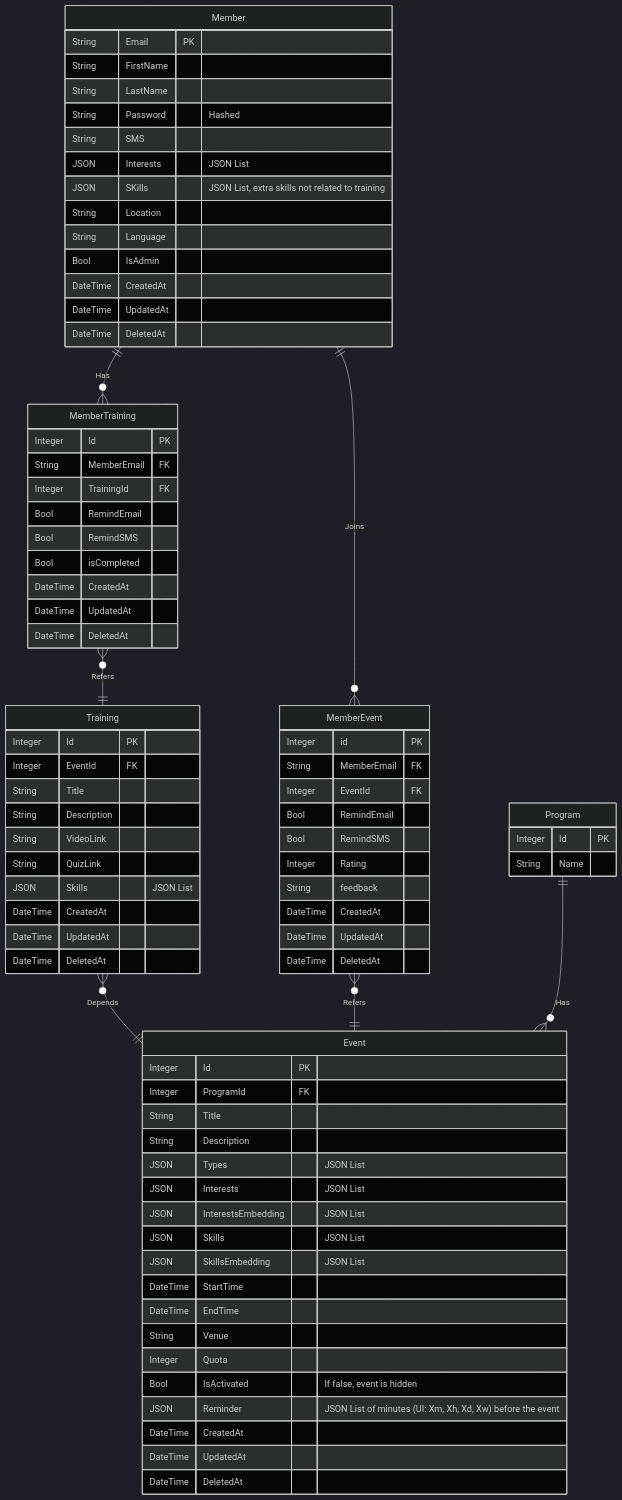
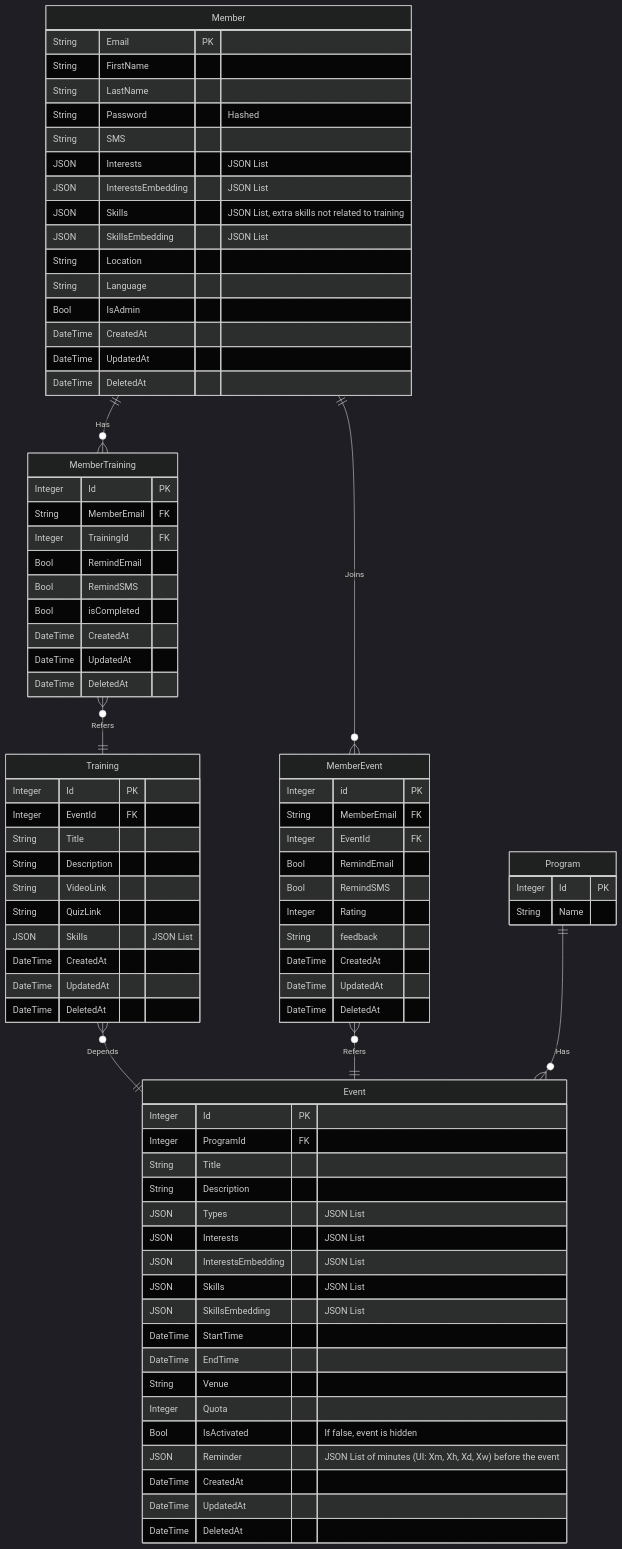
Before and after one commit to Code-To-Give-Team14/code-to-give: the diagram in server/README.md, drawn with Mermaid (dark theme). The commit also changed 1 other file, not shown here.

Commit message:
Add member interestsEmbedding and skillsEmbedding

```diff
--- a/server/README.md
+++ b/server/README.md
@@ -13,7 +13,9 @@
         String Password "Hashed"
         String SMS
         JSON Interests "JSON List"
-        JSON SKills "JSON List, extra skills not related to training"
+        JSON InterestsEmbedding "JSON List"
+        JSON Skills "JSON List, extra skills not related to training"
+        JSON SkillsEmbedding "JSON List"
         String Location
         String Language
         Bool IsAdmin
```
